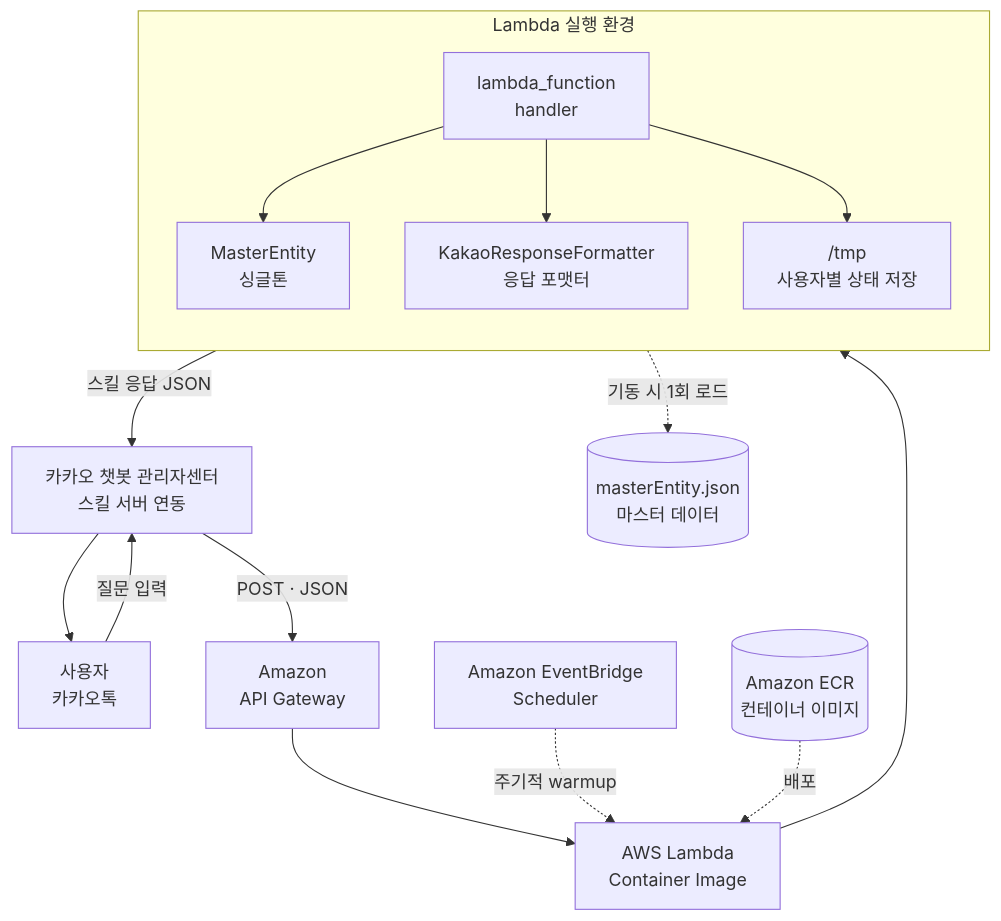
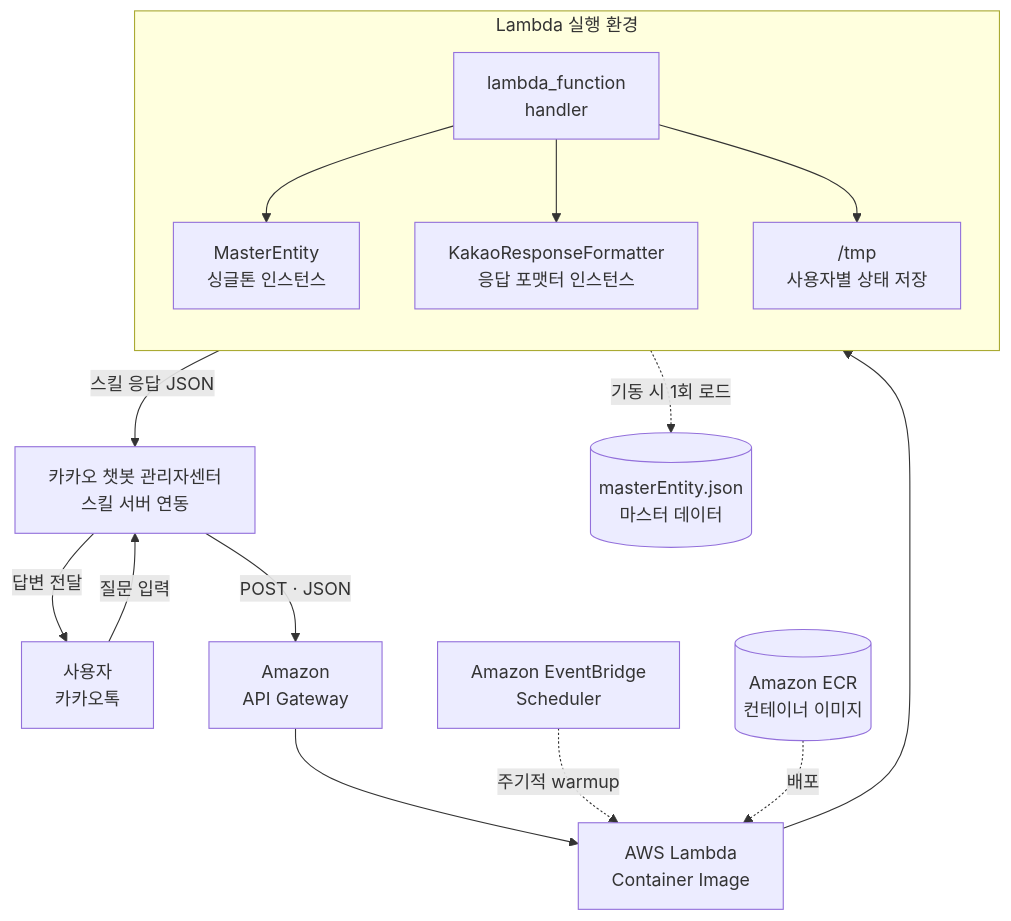
Before and after one commit to minjaejeon0827/KakaoChatbot: the first of 3 diagrams in README.md, drawn with Mermaid. The commit also changed other lines of this file and 6 other files, not shown here.

````diff
--- a/README.md
+++ b/README.md
@@ -143,24 +148,24 @@
 ```mermaid
 flowchart TB
     U["사용자<br/>카카오톡"] -->|"질문 입력"| KB["카카오 챗봇 관리자센터<br/>스킬 서버 연동"]
     KB -->|"POST · JSON"| AG["Amazon<br/>API Gateway"]
     AG --> L["AWS Lambda<br/>Container Image"]
 
     subgraph LAMBDA["Lambda 실행 환경"]
         direction TB
         H["lambda_function<br/>handler"]
-        S["MasterEntity<br/>싱글톤"]
-        K["KakaoResponseFormatter<br/>응답 포맷터"]
+        S["MasterEntity<br/>싱글톤 인스턴스"]
+        K["KakaoResponseFormatter<br/>응답 포맷터 인스턴스"]
         T["/tmp<br/>사용자별 상태 저장"]
         H --> S
         H --> K
         H --> T
     end
 
     L --> LAMBDA
     S -.->|"기동 시 1회 로드"| J[("masterEntity.json<br/>마스터 데이터")]
     EB["Amazon EventBridge<br/>Scheduler"] -.->|"주기적 warmup"| L
     ECR[("Amazon ECR<br/>컨테이너 이미지")] -.->|"배포"| L
     LAMBDA -->|"스킬 응답 JSON"| KB
-    KB --> U
+    KB -->|"답변 전달"| U
 ```
````
